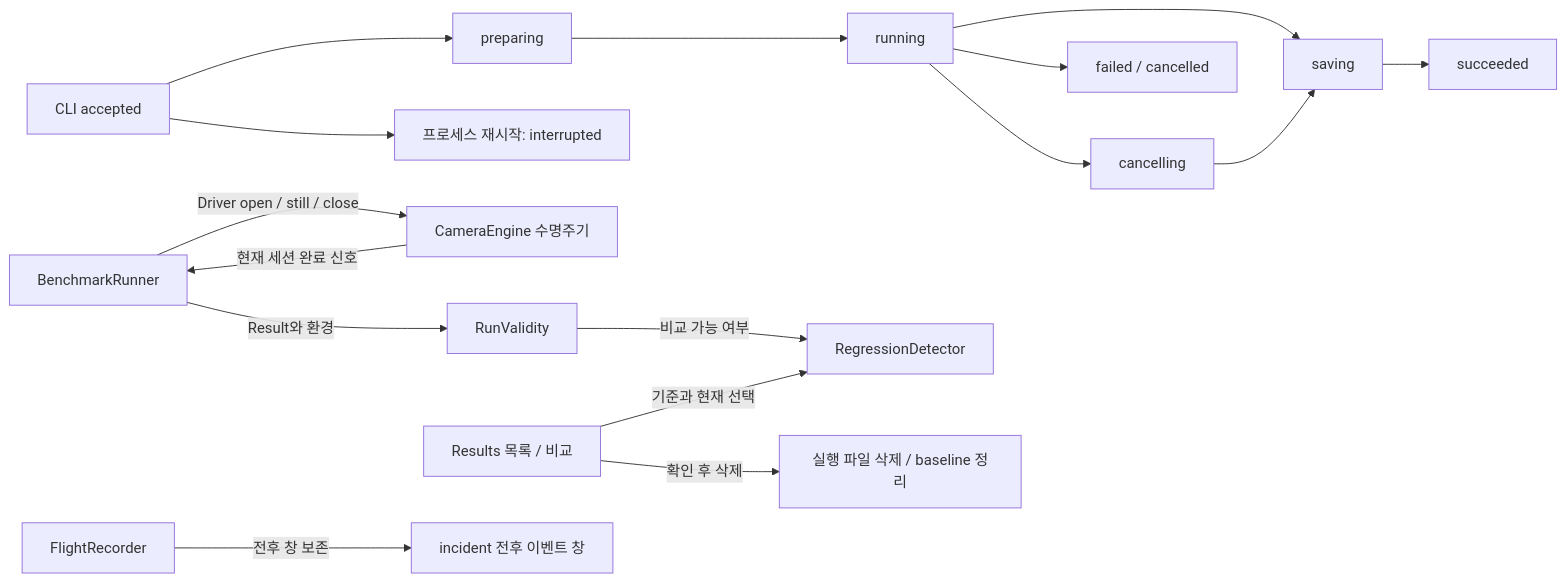
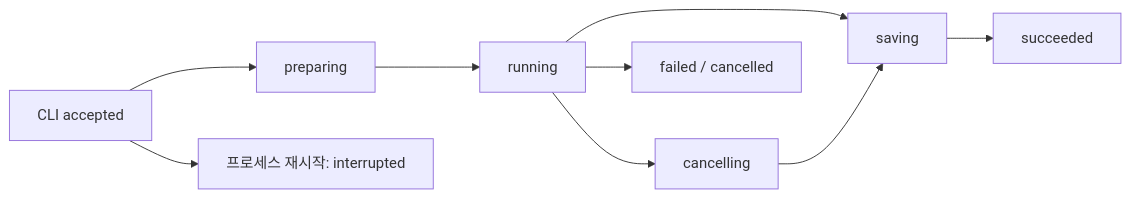
Before and after one commit to TTolsun/hal-camera: the diagram in .omm/state-transitions/diagram.mmd, drawn with Mermaid. The commit also changed 101 other files, not shown here.

```diff
--- a/.omm/state-transitions/diagram.mmd
+++ b/.omm/state-transitions/diagram.mmd
@@ -1,12 +1,5 @@
 graph LR
     accepted["CLI accepted"] --> preparing["preparing"] --> running["running"] --> saving["saving"] --> succeeded["succeeded"]
     running --> cancelling["cancelling"] --> saving
     running --> failed["failed / cancelled"]
     accepted --> interrupted["프로세스 재시작: interrupted"]
-    runner["BenchmarkRunner"] -->|"Driver open / still / close"| engine["CameraEngine 수명주기"]
-    engine -->|"현재 세션 완료 신호"| runner
-    runner -->|"Result와 환경"| validity["RunValidity"]
-    validity -->|"비교 가능 여부"| comparison["RegressionDetector"]
-    history["Results 목록 / 비교"] -->|"기준과 현재 선택"| comparison
-    history -->|"확인 후 삭제"| delete["실행 파일 삭제 / baseline 정리"]
-    recorder["FlightRecorder"] -->|"전후 창 보존"| incident["incident 전후 이벤트 창"]
```
